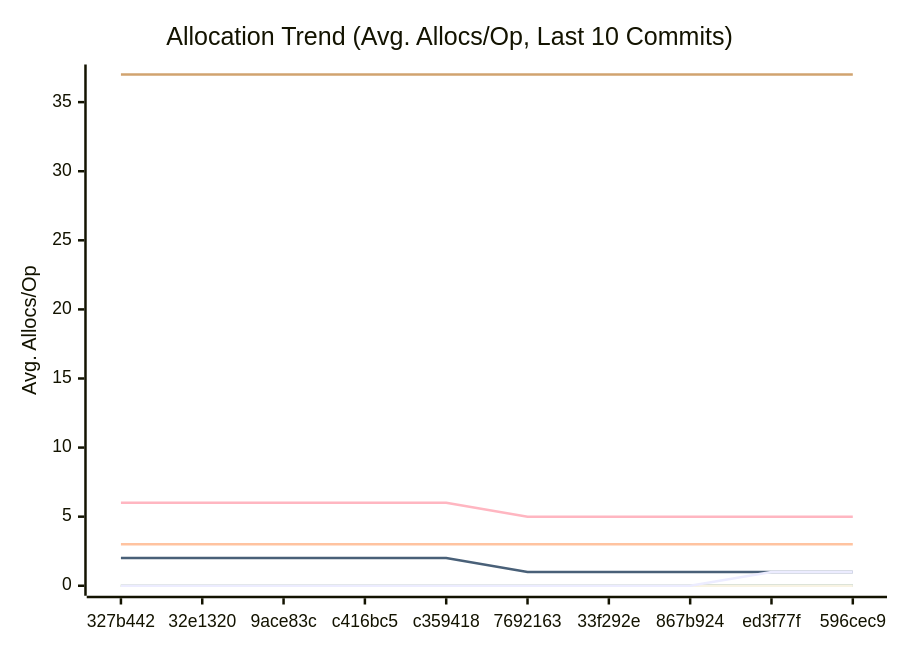
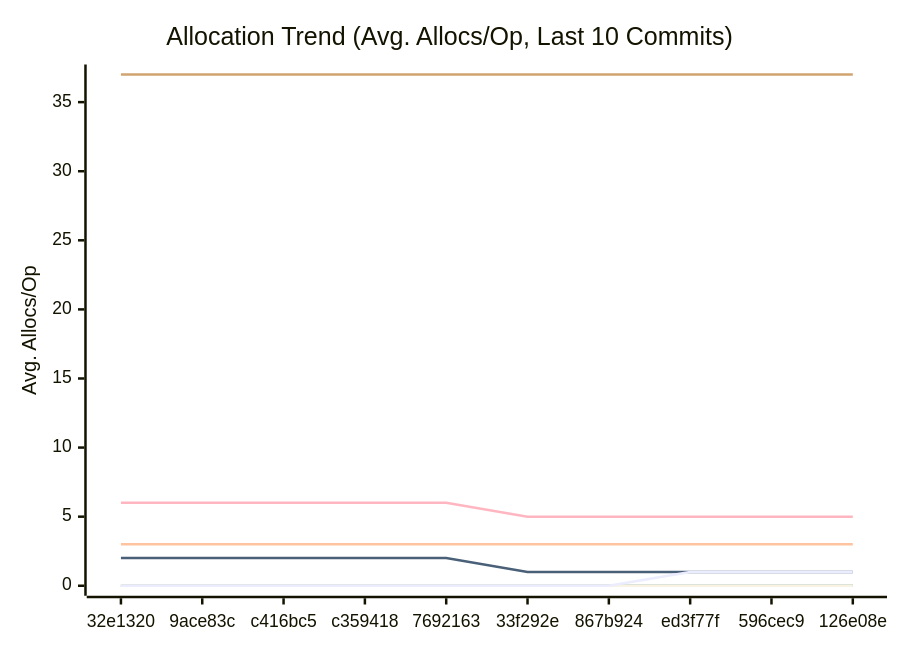
The third of 3 diagrams in docs/PERFORMANCE.md (alsotoes/momo), drawn with Mermaid before and after one commit. The commit also changed other lines of this file and 1 other file, not shown here.

````diff
--- a/docs/PERFORMANCE.md
+++ b/docs/PERFORMANCE.md
@@ -176,18 +176,18 @@
 ```mermaid
 xychart-beta
     title "Allocation Trend (Avg. Allocs/Op, Last 10 Commits)"
     x-axis "Commit"
     y-axis "Avg. Allocs/Op"
-    x-axis [327b442,32e1320,9ace83c,c416bc5,c359418,7692163,33f292e,867b924,ed3f77f,596cec9]
+    x-axis [32e1320,9ace83c,c416bc5,c359418,7692163,33f292e,867b924,ed3f77f,596cec9,126e08e]
     line "CheckMetricsAndSwap" [0,0,0,0,0,0,0,0,0,0]
     line "CrushOptimized" [0,0,0,0,0,0,0,0,0,0]
     line "CrushOriginal" [3,3,3,3,3,3,3,3,3,3]
     line "IndexDirectTracking" [0,0,0,0,0,0,0,0,0,0]
     line "IndexSearch" [0,0,0,0,0,0,0,0,0,0]
     line "LoadGlobalConfig" [37,37,37,37,37,37,37,37,37,37]
     line "PadString" [0,0,0,0,0,0,0,0,0,0]
     line "ParseReplicationOrder_NoPrealloc" [6,6,6,6,6,5,5,5,5,5]
     line "ParseReplicationOrder_Prealloc" [2,2,2,2,2,1,1,1,1,1]
     line "SanitizeLog/Safe" [0,0,0,0,0,0,0,0,0,0]
-    line "SanitizeLog/Unsafe" [0,0,0,0,0,0,0,0,1,1]
+    line "SanitizeLog/Unsafe" [0,0,0,0,0,0,0,1,1,1]
 ```
````
